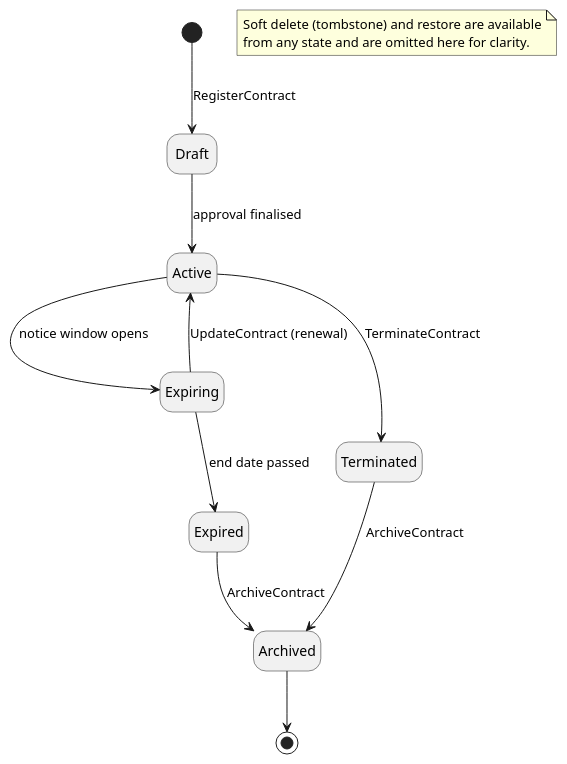
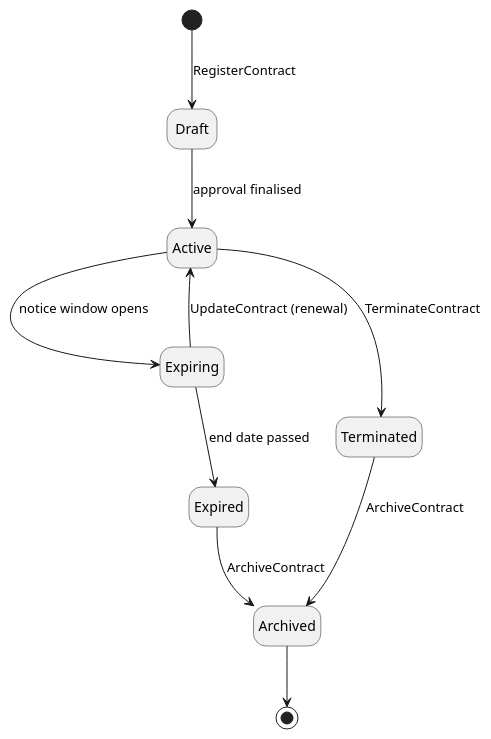
The diagram in report/Chapter3/figures/contract-lifecycle.puml (idris-saddi/pfe-report), drawn with PlantUML before and after one commit. The commit also changed 66 other files, not shown here.

```diff
--- a/report/Chapter3/figures/contract-lifecycle.puml
+++ b/report/Chapter3/figures/contract-lifecycle.puml
@@ -1,27 +1,26 @@
 @startuml contract-lifecycle
 '==============================================================================
 ' Figure (Chapter II): State machine of the Contract aggregate.
 ' States from the Contract.Status value object (draft, active, expiring,
 ' terminated, archived; expired implied by the archive rule). Transitions
 ' are labelled with the command or event that triggers them.
 ' Render:  plantuml -tpdf contract-lifecycle.puml      (or -tpng)
 '==============================================================================
+
 skinparam shadowing false
 skinparam defaultFontName Helvetica
+skinparam FontSize 20
+
 hide empty description
 
 [*]        --> Draft       : RegisterContract
 Draft      --> Active      : approval finalised
 Active     --> Expiring    : notice window opens
 Expiring   --> Active      : UpdateContract (renewal)
 Active     --> Terminated  : TerminateContract
 Expiring   --> Expired     : end date passed
 Terminated --> Archived    : ArchiveContract
 Expired    --> Archived    : ArchiveContract
 Archived   --> [*]
 
-note as N
-  Soft delete (tombstone) and restore are available
-  from any state and are omitted here for clarity.
-end note
 @enduml
```
